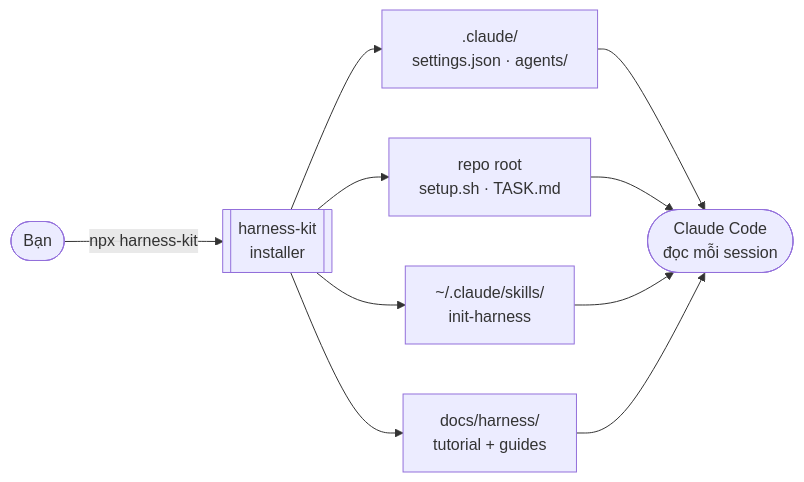
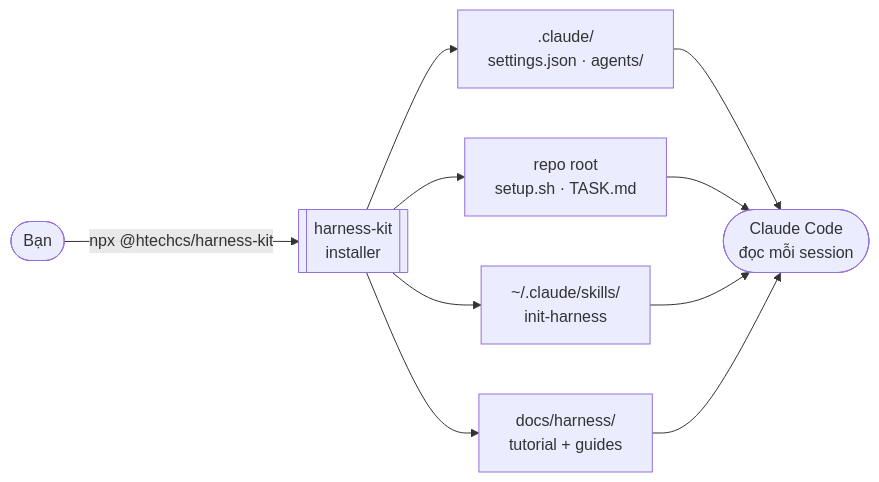
Before and after one commit to HoangTechCS-AIE/harness-kit: the first of 2 diagrams in README.md, drawn with Mermaid. The commit also changed other lines of this file and 2 other files, not shown here.

First line of the commit message:
chore: scope package as @htechcs/harness-kit + harden files allowlist

````diff
--- a/README.md
+++ b/README.md
@@ -23,12 +23,12 @@
 ```mermaid
 flowchart LR
-    D([Bạn]) -->|"npx harness-kit"| I[["harness-kit<br/>installer"]]
+    D([Bạn]) -->|"npx @htechcs/harness-kit"| I[["harness-kit<br/>installer"]]
     I --> R1[".claude/<br/>settings.json · agents/"]
     I --> R2["repo root<br/>setup.sh · TASK.md"]
     I --> R3["~/.claude/skills/<br/>init-harness"]
     I --> R4["docs/harness/<br/>tutorial + guides"]
     R1 --> A([Claude Code<br/>đọc mỗi session])
     R2 --> A
     R3 --> A
     R4 --> A
 ```
````
